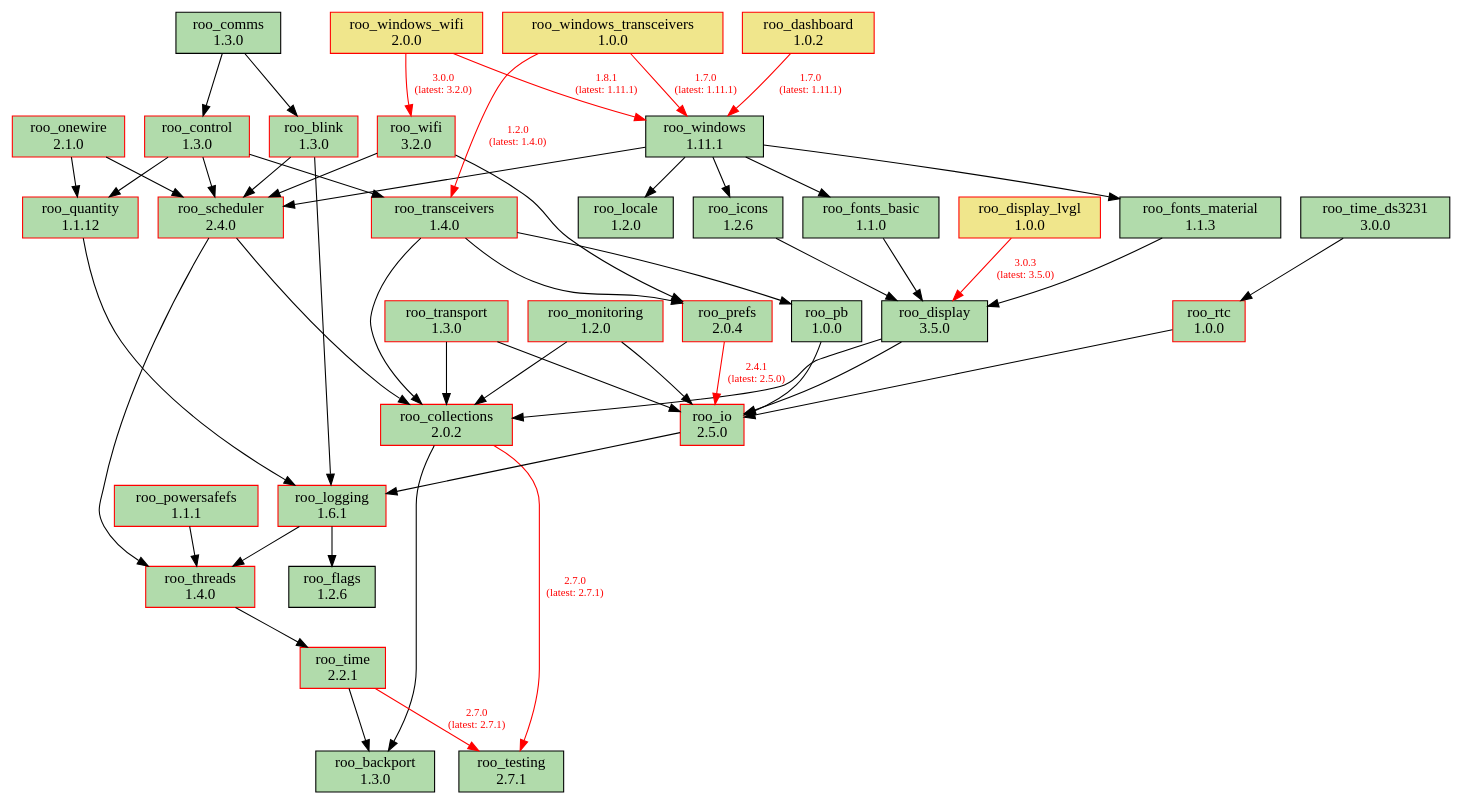
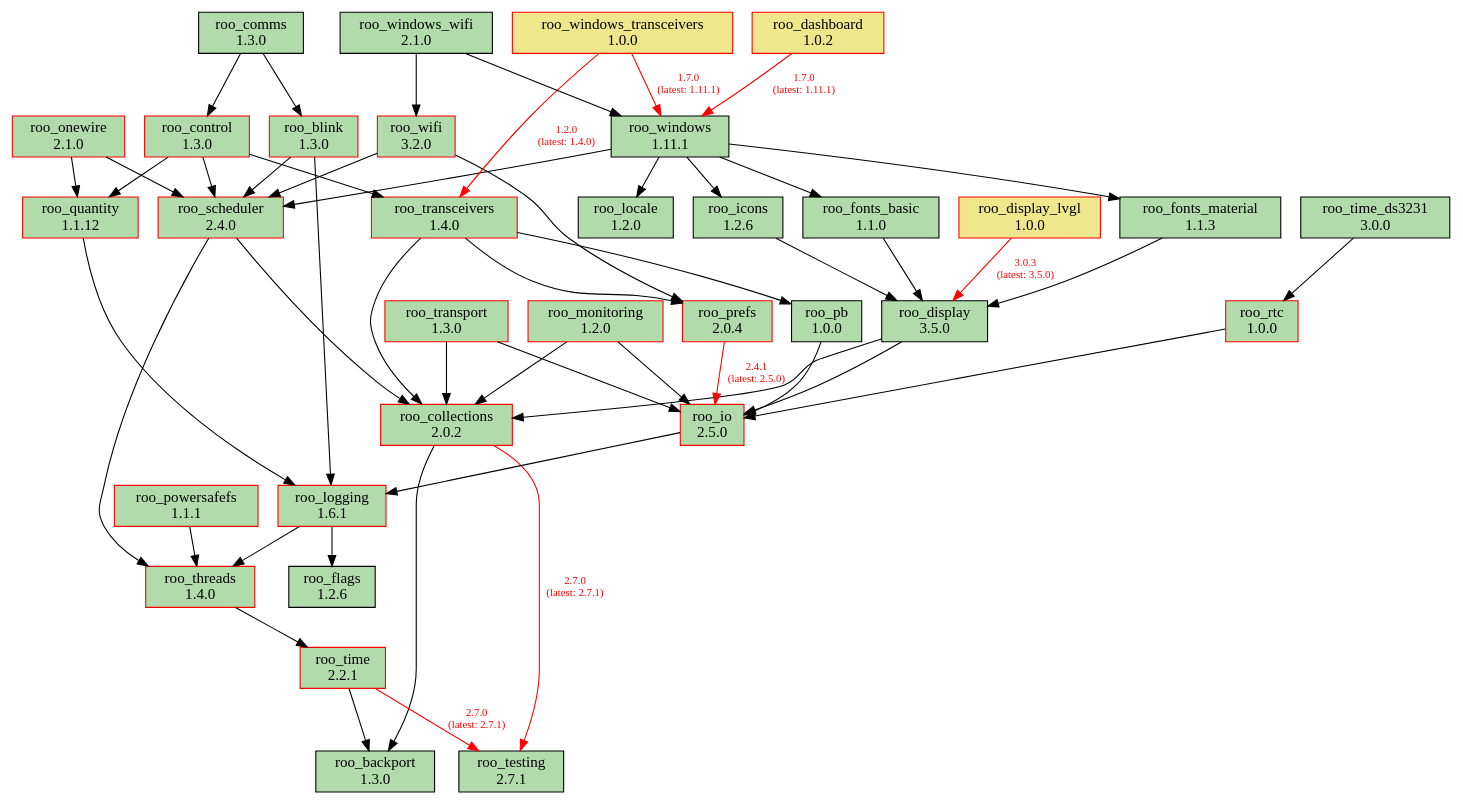
One commit to dejwk/roo-registry changed the diagram in doc/dependencies.dot. Above: the diagram before and after it, drawn with Graphviz. The commit also changed 3 other files, not shown here.

Commit message:
Added roo_windows_wifi 2.1.0 to the registry.

```diff
--- a/doc/dependencies.dot
+++ b/doc/dependencies.dot
@@ -1,92 +1,92 @@
 digraph dependencies {
     rankdir=TB;
     node [shape=box, style=filled];
     edge [fontsize=10];
 
     // Modules
     "roo_backport" [label="roo_backport\n1.3.0", fillcolor="#b1dbab", color="black"];
     "roo_blink" [label="roo_blink\n1.3.0", fillcolor="#b1dbab", color="red"];
     "roo_collections" [label="roo_collections\n2.0.2", fillcolor="#b1dbab", color="red"];
     "roo_comms" [label="roo_comms\n1.3.0", fillcolor="#b1dbab", color="black"];
     "roo_control" [label="roo_control\n1.3.0", fillcolor="#b1dbab", color="red"];
     "roo_dashboard" [label="roo_dashboard\n1.0.2", fillcolor="khaki", color="red"];
     "roo_display" [label="roo_display\n3.5.0", fillcolor="#b1dbab", color="black"];
     "roo_display_lvgl" [label="roo_display_lvgl\n1.0.0", fillcolor="khaki", color="red"];
     "roo_flags" [label="roo_flags\n1.2.6", fillcolor="#b1dbab", color="black"];
     "roo_fonts_basic" [label="roo_fonts_basic\n1.1.0", fillcolor="#b1dbab", color="black"];
     "roo_fonts_material" [label="roo_fonts_material\n1.1.3", fillcolor="#b1dbab", color="black"];
     "roo_icons" [label="roo_icons\n1.2.6", fillcolor="#b1dbab", color="black"];
     "roo_io" [label="roo_io\n2.5.0", fillcolor="#b1dbab", color="red"];
     "roo_locale" [label="roo_locale\n1.2.0", fillcolor="#b1dbab", color="black"];
     "roo_logging" [label="roo_logging\n1.6.1", fillcolor="#b1dbab", color="red"];
     "roo_monitoring" [label="roo_monitoring\n1.2.0", fillcolor="#b1dbab", color="red"];
     "roo_onewire" [label="roo_onewire\n2.1.0", fillcolor="#b1dbab", color="red"];
     "roo_pb" [label="roo_pb\n1.0.0", fillcolor="#b1dbab", color="black"];
     "roo_powersafefs" [label="roo_powersafefs\n1.1.1", fillcolor="#b1dbab", color="red"];
     "roo_prefs" [label="roo_prefs\n2.0.4", fillcolor="#b1dbab", color="red"];
     "roo_quantity" [label="roo_quantity\n1.1.12", fillcolor="#b1dbab", color="red"];
     "roo_rtc" [label="roo_rtc\n1.0.0", fillcolor="#b1dbab", color="red"];
     "roo_scheduler" [label="roo_scheduler\n2.4.0", fillcolor="#b1dbab", color="red"];
     "roo_testing" [label="roo_testing\n2.7.1", fillcolor="#b1dbab", color="black"];
     "roo_threads" [label="roo_threads\n1.4.0", fillcolor="#b1dbab", color="red"];
     "roo_time" [label="roo_time\n2.2.1", fillcolor="#b1dbab", color="red"];
     "roo_time_ds3231" [label="roo_time_ds3231\n3.0.0", fillcolor="#b1dbab", color="black"];
     "roo_transceivers" [label="roo_transceivers\n1.4.0", fillcolor="#b1dbab", color="red"];
     "roo_transport" [label="roo_transport\n1.3.0", fillcolor="#b1dbab", color="red"];
     "roo_wifi" [label="roo_wifi\n3.2.0", fillcolor="#b1dbab", color="red"];
     "roo_windows" [label="roo_windows\n1.11.1", fillcolor="#b1dbab", color="black"];
     "roo_windows_transceivers" [label="roo_windows_transceivers\n1.0.0", fillcolor="khaki", color="red"];
-    "roo_windows_wifi" [label="roo_windows_wifi\n2.0.0", fillcolor="khaki", color="red"];
+    "roo_windows_wifi" [label="roo_windows_wifi\n2.1.0", fillcolor="#b1dbab", color="black"];
 
     // Dependencies
     "roo_blink" -> "roo_logging";
     "roo_blink" -> "roo_scheduler";
     "roo_collections" -> "roo_testing" [color=red, fontcolor=red, label="2.7.0\n(latest: 2.7.1)"];
     "roo_collections" -> "roo_backport";
     "roo_comms" -> "roo_blink";
     "roo_comms" -> "roo_control";
     "roo_control" -> "roo_quantity";
     "roo_control" -> "roo_scheduler";
     "roo_control" -> "roo_transceivers";
     "roo_dashboard" -> "roo_windows" [color=red, fontcolor=red, label="1.7.0\n(latest: 1.11.1)"];
     "roo_display" -> "roo_collections";
     "roo_display" -> "roo_io";
     "roo_display_lvgl" -> "roo_display" [color=red, fontcolor=red, label="3.0.3\n(latest: 3.5.0)"];
     "roo_fonts_basic" -> "roo_display";
     "roo_fonts_material" -> "roo_display";
     "roo_icons" -> "roo_display";
     "roo_io" -> "roo_logging";
     "roo_logging" -> "roo_flags";
     "roo_logging" -> "roo_threads";
     "roo_monitoring" -> "roo_collections";
     "roo_monitoring" -> "roo_io";
     "roo_onewire" -> "roo_scheduler";
     "roo_onewire" -> "roo_quantity";
     "roo_pb" -> "roo_io";
     "roo_powersafefs" -> "roo_threads";
     "roo_prefs" -> "roo_io" [color=red, fontcolor=red, label="2.4.1\n(latest: 2.5.0)"];
     "roo_quantity" -> "roo_logging";
     "roo_rtc" -> "roo_io";
     "roo_scheduler" -> "roo_collections";
     "roo_scheduler" -> "roo_threads";
     "roo_threads" -> "roo_time";
     "roo_time" -> "roo_testing" [color=red, fontcolor=red, label="2.7.0\n(latest: 2.7.1)"];
     "roo_time" -> "roo_backport";
     "roo_time_ds3231" -> "roo_rtc";
     "roo_transceivers" -> "roo_pb";
     "roo_transceivers" -> "roo_collections";
     "roo_transceivers" -> "roo_prefs";
     "roo_transport" -> "roo_collections";
     "roo_transport" -> "roo_io";
     "roo_wifi" -> "roo_prefs";
     "roo_wifi" -> "roo_scheduler";
     "roo_windows" -> "roo_fonts_basic";
     "roo_windows" -> "roo_fonts_material";
     "roo_windows" -> "roo_locale";
     "roo_windows" -> "roo_icons";
     "roo_windows" -> "roo_scheduler";
     "roo_windows_transceivers" -> "roo_transceivers" [color=red, fontcolor=red, label="1.2.0\n(latest: 1.4.0)"];
     "roo_windows_transceivers" -> "roo_windows" [color=red, fontcolor=red, label="1.7.0\n(latest: 1.11.1)"];
-    "roo_windows_wifi" -> "roo_wifi" [color=red, fontcolor=red, label="3.0.0\n(latest: 3.2.0)"];
-    "roo_windows_wifi" -> "roo_windows" [color=red, fontcolor=red, label="1.8.1\n(latest: 1.11.1)"];
+    "roo_windows_wifi" -> "roo_wifi";
+    "roo_windows_wifi" -> "roo_windows";
 }
```
